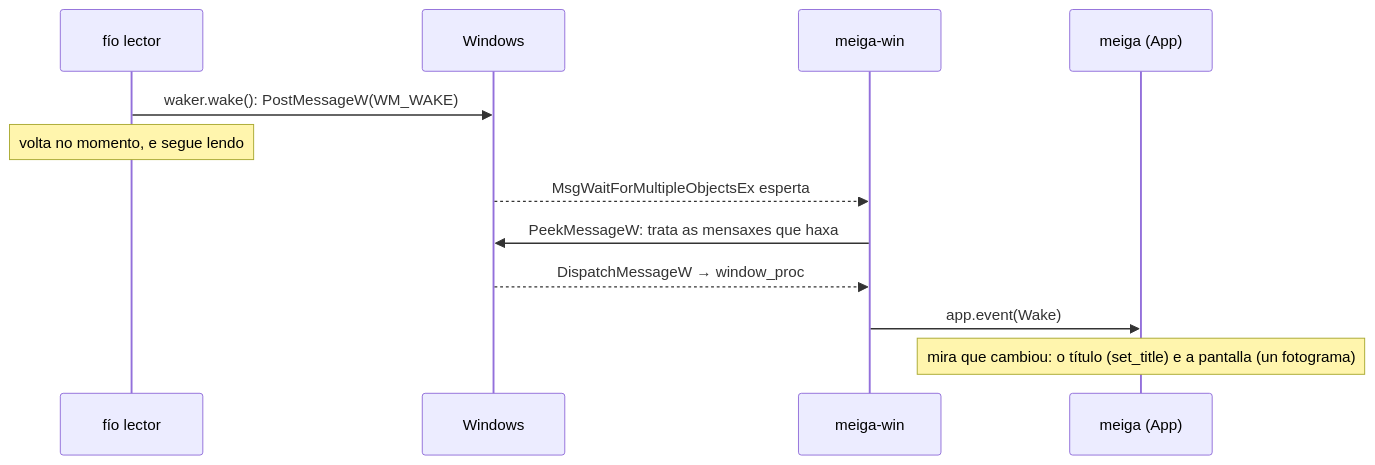
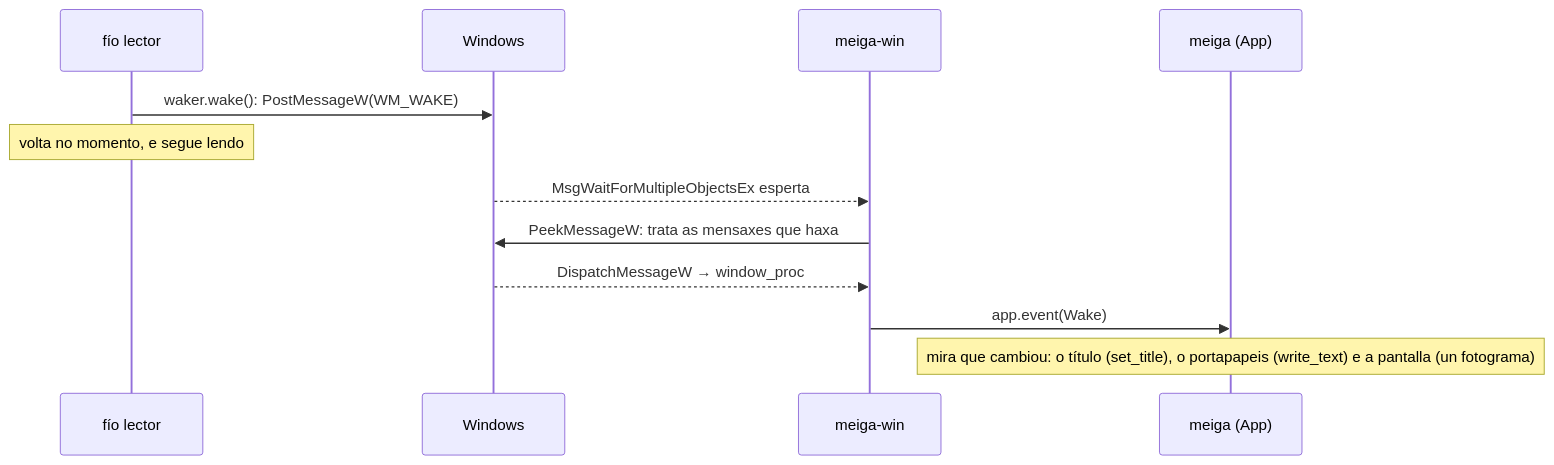
One commit to NewHouses/meiga changed the third of 4 diagrams in docs/codigo/meiga-win.md. Above: the diagram before and after it, drawn with Mermaid. The commit also changed other lines of this file and 36 other files, not shown here.

````diff
--- a/docs/codigo/meiga-win.md
+++ b/docs/codigo/meiga-win.md
@@ -1266,14 +1420,14 @@
 ```mermaid
 sequenceDiagram
     participant R as fío lector
     participant S as Windows
     participant W as meiga-win
     participant M as meiga (App)
     R->>S: waker.wake(): PostMessageW(WM_WAKE)
     Note over R: volta no momento, e segue lendo
     S-->>W: MsgWaitForMultipleObjectsEx esperta
     W->>S: PeekMessageW: trata as mensaxes que haxa
     S-->>W: DispatchMessageW → window_proc
     W->>M: app.event(Wake)
-    Note over M: mira que cambiou: o título (set_title) e a pantalla (un fotograma)
+    Note over M: mira que cambiou: o título (set_title), o portapapeis (write_text) e a pantalla (un fotograma)
 ```
````
